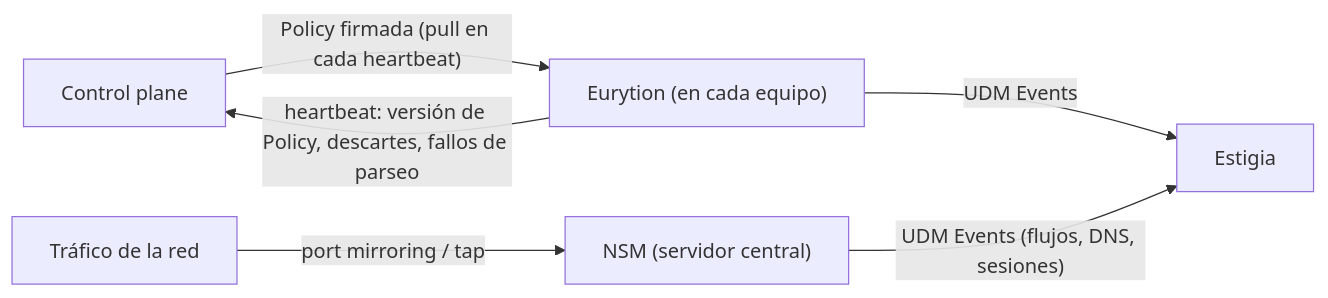
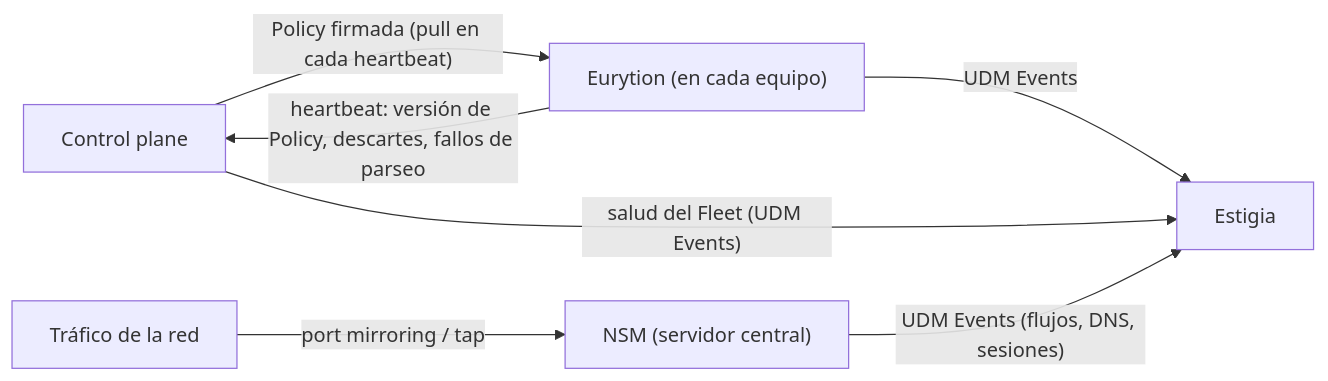
The first of 3 diagrams in docs/orthros.md (xandro30/Cerbero), drawn with Mermaid before and after one commit. The commit also changed other lines of this file and 57 other files, not shown here.

````diff
--- a/docs/orthros.md
+++ b/docs/orthros.md
@@ -27,8 +28,9 @@
 ```mermaid
 flowchart LR
     CP["Control plane"] -- "Policy firmada (pull en cada heartbeat)" --> Eu["Eurytion (en cada equipo)"]
     Eu -- "heartbeat: versión de Policy, descartes, fallos de parseo" --> CP
     Eu -- "UDM Events" --> Estigia
+    CP -- "salud del Fleet (UDM Events)" --> Estigia
     NSM["NSM (servidor central)"] -- "UDM Events (flujos, DNS, sesiones)" --> Estigia
     Red[Tráfico de la red] -- "port mirroring / tap" --> NSM
 ```
````
